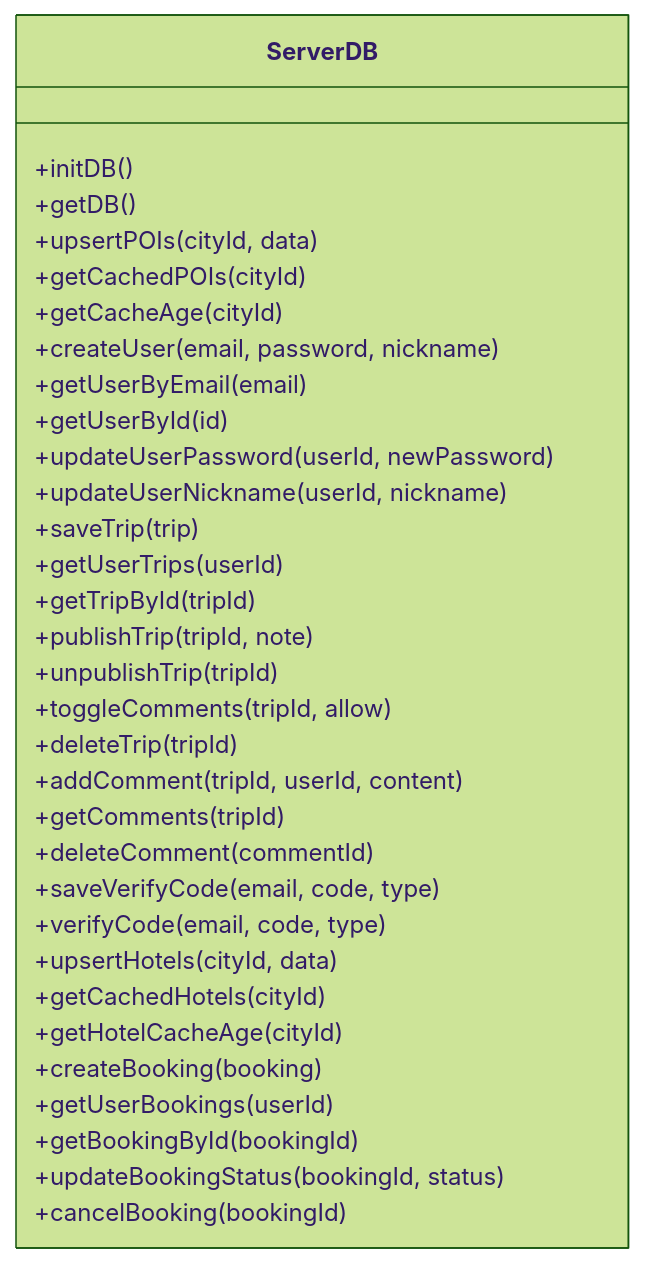
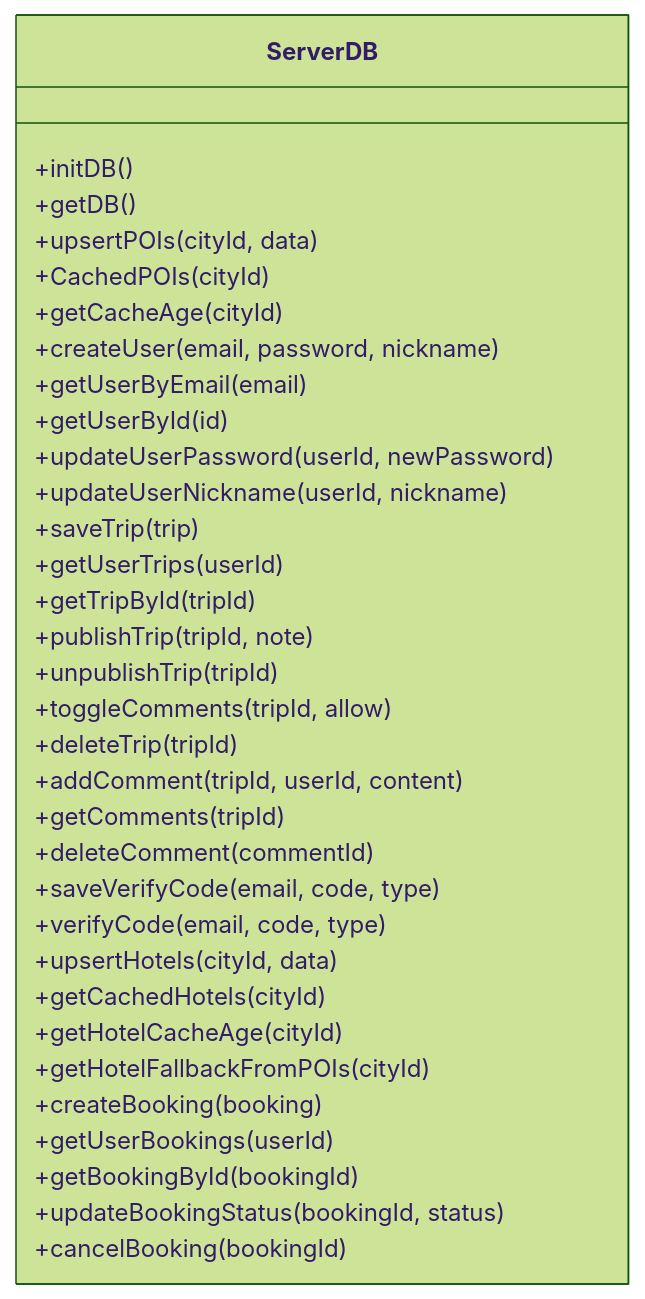
Before and after one commit to ititjjy/AITrip-plan: the third of 12 diagrams in .qoder/repowiki/zh/content/后端API架构/数据库层设计/数据库层设计.md, drawn with Mermaid (forest theme). The commit also changed other lines of this file and 144 other files, not shown here.

````diff
--- a/.qoder/repowiki/zh/content/后端API架构/数据库层设计/数据库层设计.md
+++ b/.qoder/repowiki/zh/content/后端API架构/数据库层设计/数据库层设计.md
@@ -135,35 +171,36 @@
 ```mermaid
 classDiagram
 class ServerDB {
 +initDB()
 +getDB()
 +upsertPOIs(cityId, data)
-+getCachedPOIs(cityId)
++CachedPOIs(cityId)
 +getCacheAge(cityId)
 +createUser(email, password, nickname)
 +getUserByEmail(email)
 +getUserById(id)
 +updateUserPassword(userId, newPassword)
 +updateUserNickname(userId, nickname)
 +saveTrip(trip)
 +getUserTrips(userId)
 +getTripById(tripId)
 +publishTrip(tripId, note)
 +unpublishTrip(tripId)
 +toggleComments(tripId, allow)
 +deleteTrip(tripId)
 +addComment(tripId, userId, content)
 +getComments(tripId)
 +deleteComment(commentId)
 +saveVerifyCode(email, code, type)
 +verifyCode(email, code, type)
 +upsertHotels(cityId, data)
 +getCachedHotels(cityId)
 +getHotelCacheAge(cityId)
++getHotelFallbackFromPOIs(cityId)
 +createBooking(booking)
 +getUserBookings(userId)
 +getBookingById(bookingId)
 +updateBookingStatus(bookingId, status)
 +cancelBooking(bookingId)
 }
 ```
````
